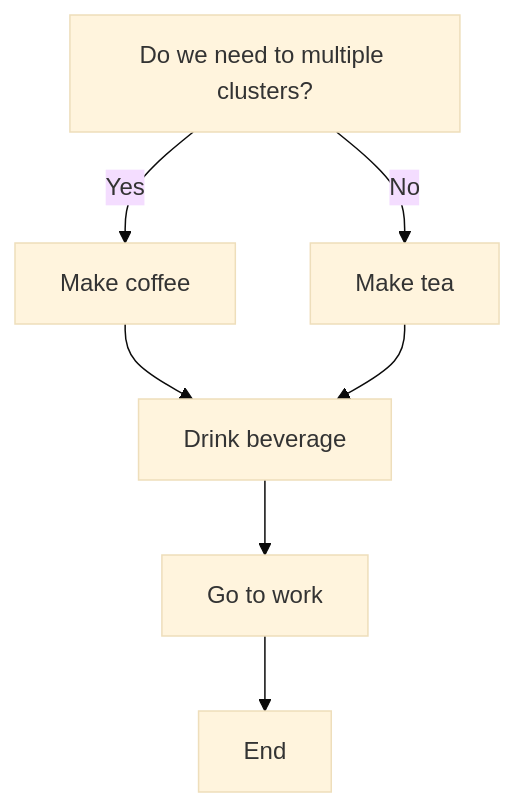
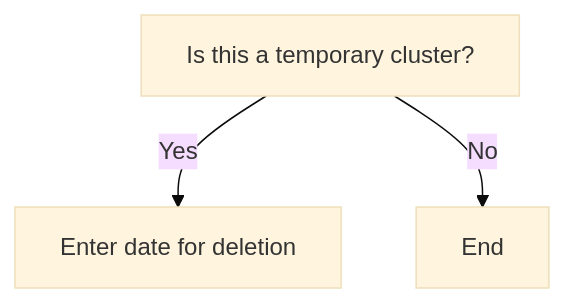
Before and after one commit to rwxrob/notes: the diagram in Multi-cluster flow.md, drawn with Mermaid (base theme).

Commit message:
iknowthis 2025-6-25:13:40:58

````diff
--- a/Multi-cluster flow.md
+++ b/Multi-cluster flow.md
@@ -2,10 +2,6 @@
 ```mermaid
 flowchart TD
-    A[Do we need to multiple clusters?]
-    A -- Yes --> C[Make coffee]
-    A -- No --> D[Make tea]
-    C --> E[Drink beverage]
-    D --> E
-    E --> F[Go to work]
-    F --> G[End]
+    A[Is this a temporary cluster?]
+    A -- Yes --> B[Enter date for deletion]
+    A -- No --> Z[End]
 ```
````
